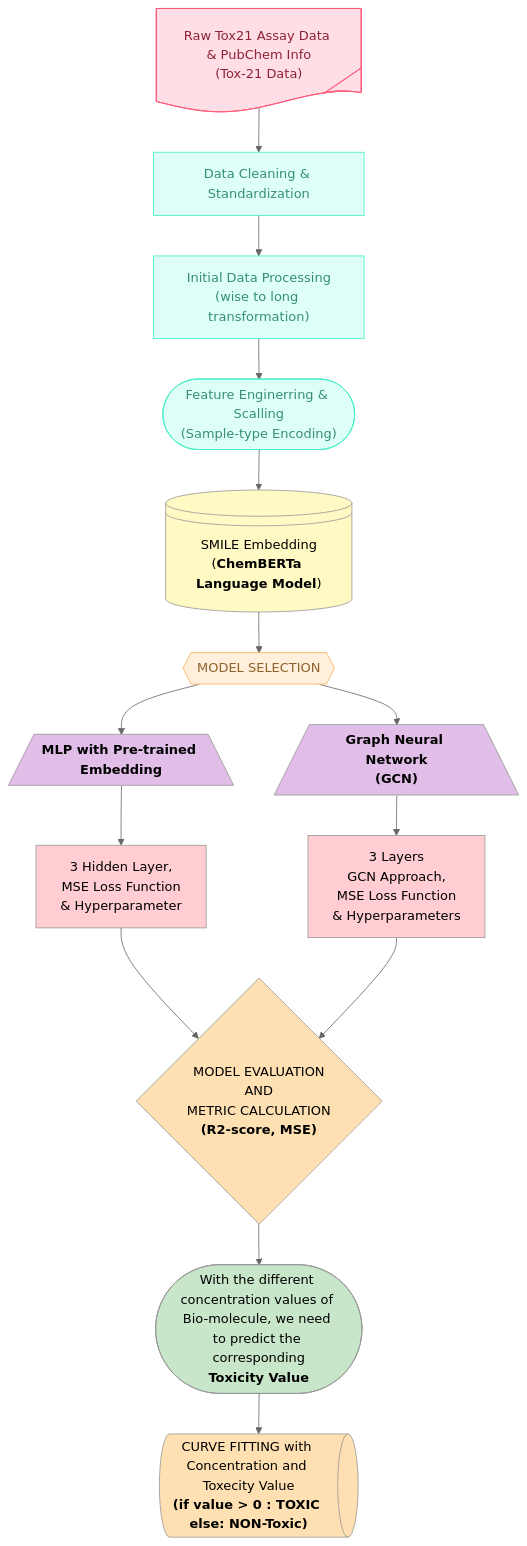
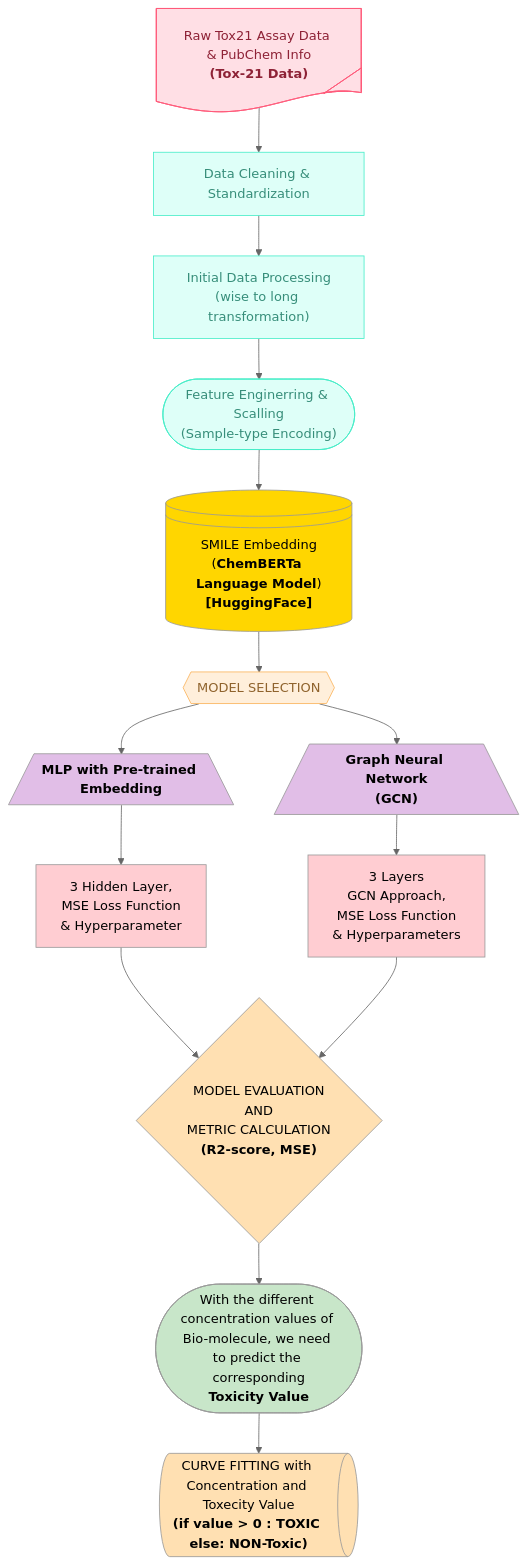
One commit to RitwikGanguly/Tox21_Toxecity_Prediction changed the first of 2 diagrams in README.md. Above: the diagram before and after it, drawn with Mermaid (neutral theme).

````diff
--- a/README.md
+++ b/README.md
@@ -125,42 +125,43 @@
 ```mermaid
 flowchart TD
-    A["Raw Tox21 Assay Data &amp; PubChem Info<br>(Tox-21 Data)"] --> n1["Data Cleaning &amp; Standardization"]
+    A["Raw Tox21 Assay Data &amp; PubChem Info<br><b>(Tox-21 Data)</b>"] --> n1["Data Cleaning &amp; Standardization"]
     n1 --> n2["Initial Data Processing<br>(wise to long transformation)"]
     n2 --> n3(["Feature Enginerring &amp; Scalling<br>(Sample-type Encoding)"])
-    n3 --> n4["SMILE Embedding<br>(<b>ChemBERTa Language Model</b>)"]
+    n3 --> n4["SMILE Embedding<br>(<b>ChemBERTa Language Model</b>)<br><b>[HuggingFace]</b>"]
     n4 --> n5["MODEL SELECTION"]
     n5 --> n6["<b>MLP with Pre-trained Embedding</b>"] & n7["<b>Graph Neural Network<br>(GCN)</b>"]
     n6 --> n8["3 Hidden Layer, <br>MSE Loss Function<br>&amp; Hyperparameter"]
     n7 --> n9["3 Layers<br>GCN Approach, <br>MSE Loss Function<br>&amp; Hyperparameters"]
     n8 --> n10["MODEL EVALUATION<br>AND<br>METRIC CALCULATION<br><b>(R2-score, MSE)</b>"]
     n9 --> n10
     n10 --> n11(["With the different concentration values of Bio-molecule, we need to predict the corresponding<br><b>Toxicity Value</b>"])
     n11 --> n13["CURVE FITTING with Concentration and Toxecity Value<br><b>(if value &gt; 0 : TOXIC <br>else: NON-Toxic)</b>"]
     A@{ shape: tag-doc}
     n4@{ shape: disk}
     n5@{ shape: hex}
     n6@{ shape: trap-b}
     n7@{ shape: trap-b}
     n10@{ shape: diam}
     n13@{ shape: h-cyl}
      A:::Rose
      n1:::Aqua
      n2:::Aqua
      n3:::Aqua
      n5:::Peach
      n13:::Class_01
     classDef Peach stroke-width:1px, stroke-dasharray:none, stroke:#FBB35A, fill:#FFEFDB, color:#8F632D
     classDef Class_01 fill:#FF6D00
     classDef Aqua stroke-width:1px, stroke-dasharray:none, stroke:#46EDC8, fill:#DEFFF8, color:#378E7A
     classDef Rose stroke-width:1px, stroke-dasharray:none, stroke:#FF5978, fill:#FFDFE5, color:#8E2236
-    style n4 fill:#FFF9C4
+    style n4 fill:#FFD600
     style n6 fill:#E1BEE7
     style n7 fill:#E1BEE7
     style n8 fill:#FFCDD2
     style n9 fill:#FFCDD2
     style n10 fill:#FFE0B2
     style n11 fill:#C8E6C9
     style n13 fill:#FFE0B2
 
 
+
 ```
````
